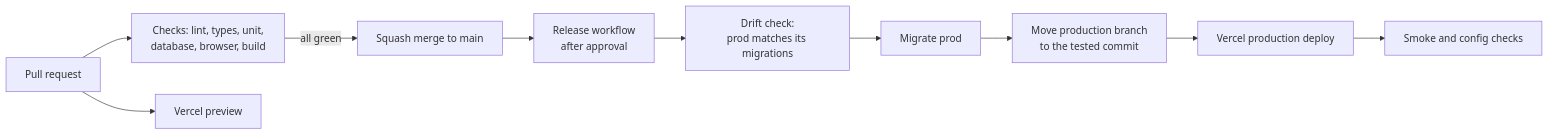
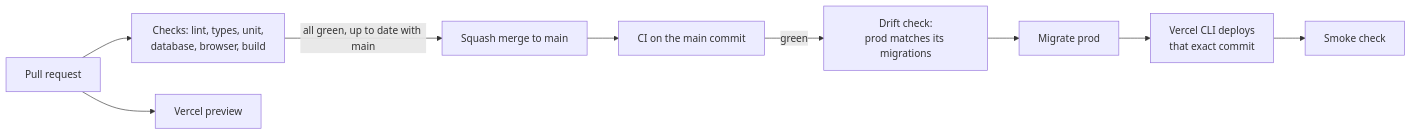
Before and after one commit to sfan0704/pikachubball: the seventh of 7 diagrams in docs/target-state.md, drawn with Mermaid. The commit also changed other lines of this file and 26 other files, not shown here.

````diff
--- a/docs/target-state.md
+++ b/docs/target-state.md
@@ -459,12 +459,11 @@
 ```mermaid
 flowchart LR
     PR["Pull request"] --> CI["Checks: lint, types, unit,<br>database, browser, build"]
     PR --> PV["Vercel preview"]
-    CI -->|"all green"| M["Squash merge to main"]
-    M --> R["Release workflow<br>after approval"]
-    R --> DC["Drift check:<br>prod matches its migrations"]
+    CI -->|"all green, up to date with main"| M["Squash merge to main"]
+    M --> MC["CI on the main commit"]
+    MC -->|"green"| DC["Drift check:<br>prod matches its migrations"]
     DC --> MP["Migrate prod"]
-    MP --> PB["Move production branch<br>to the tested commit"]
-    PB --> VP["Vercel production deploy"]
-    VP --> SC["Smoke and config checks"]
+    MP --> VP["Vercel CLI deploys<br>that exact commit"]
+    VP --> SC["Smoke check"]
 ```
````
